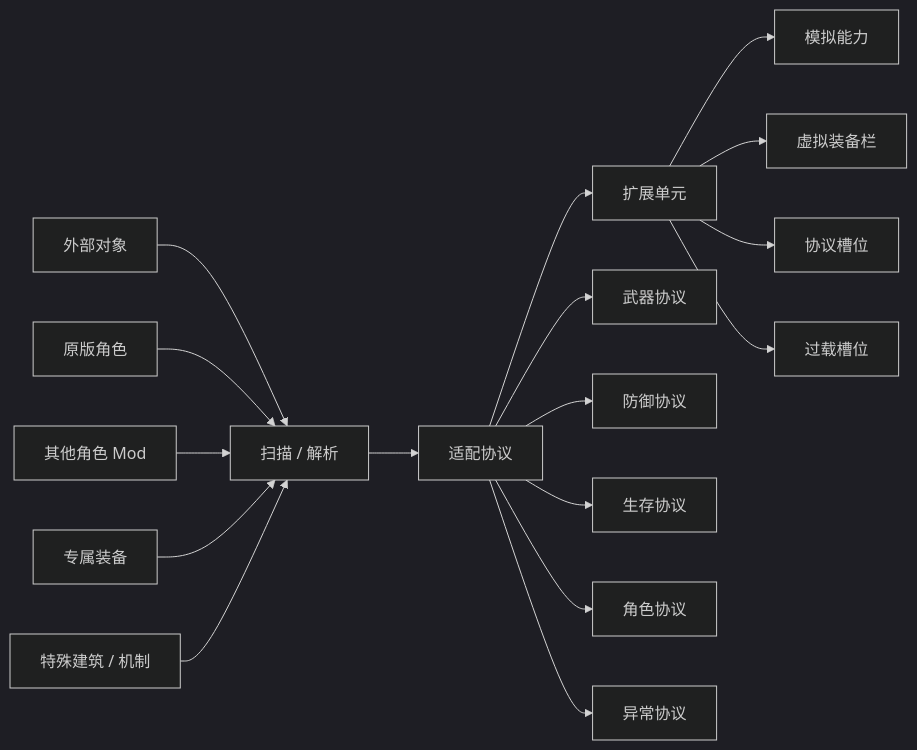
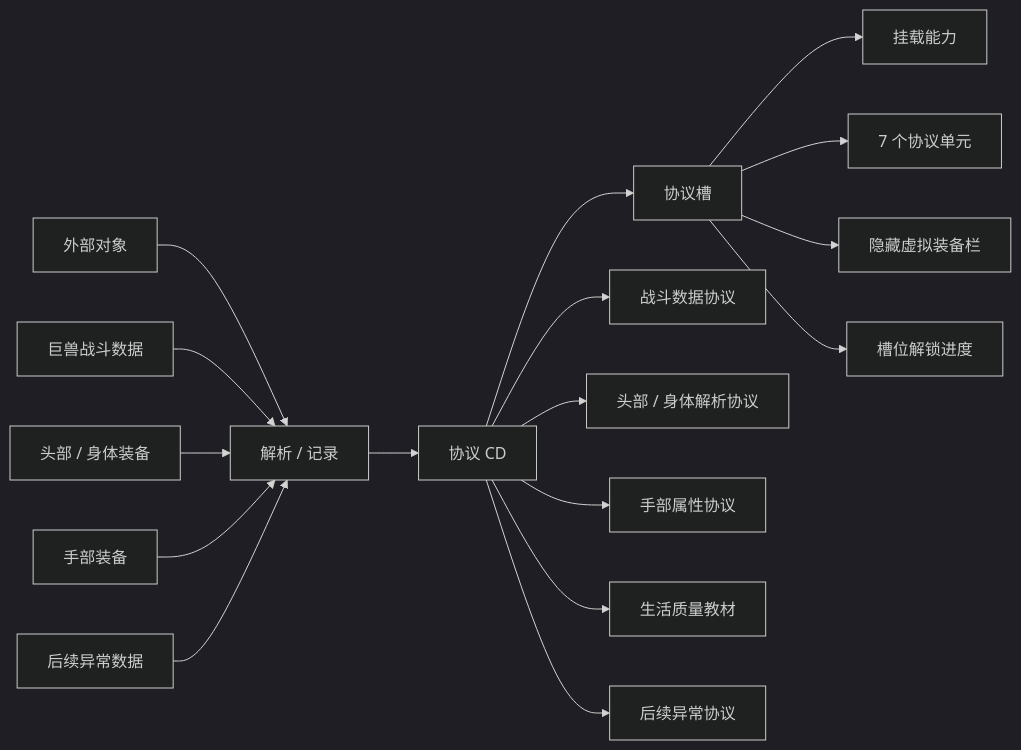
One commit to Caihangnnn/DST-Mod-Tendou-Kei changed the third of 4 diagrams in Design/Kei_Initial_Design_Map.md. Above: the diagram before and after it, drawn with Mermaid (dark theme). The commit also changed other lines of this file and 17 other files, not shown here.

````diff
--- a/Design/Kei_Initial_Design_Map.md
+++ b/Design/Kei_Initial_Design_Map.md
@@ -114,22 +120,22 @@
 ```mermaid
 flowchart LR
-    A["外部对象"] --> B["扫描 / 解析"]
-    B --> C["适配协议"]
-    C --> D["扩展单元"]
-    D --> E["模拟能力"]
+    A["外部对象"] --> B["解析 / 记录"]
+    B --> C["协议 CD"]
+    C --> D["协议槽"]
+    D --> E["挂载能力"]
 
-    A1["原版角色"] --> B
-    A2["其他角色 Mod"] --> B
-    A3["专属装备"] --> B
-    A4["特殊建筑 / 机制"] --> B
+    A1["巨兽战斗数据"] --> B
+    A2["头部 / 身体装备"] --> B
+    A3["手部装备"] --> B
+    A4["后续异常数据"] --> B
 
-    C --> C1["武器协议"]
-    C --> C2["防御协议"]
-    C --> C3["生存协议"]
-    C --> C4["角色协议"]
-    C --> C5["异常协议"]
+    C --> C1["战斗数据协议"]
+    C --> C2["头部 / 身体解析协议"]
+    C --> C3["手部属性协议"]
+    C --> C4["生活质量教材"]
+    C --> C5["后续异常协议"]
 
-    D --> D1["虚拟装备栏"]
-    D --> D2["协议槽位"]
-    D --> D3["过载槽位"]
+    D --> D1["7 个协议单元"]
+    D --> D2["隐藏虚拟装备栏"]
+    D --> D3["槽位解锁进度"]
 ```
````
